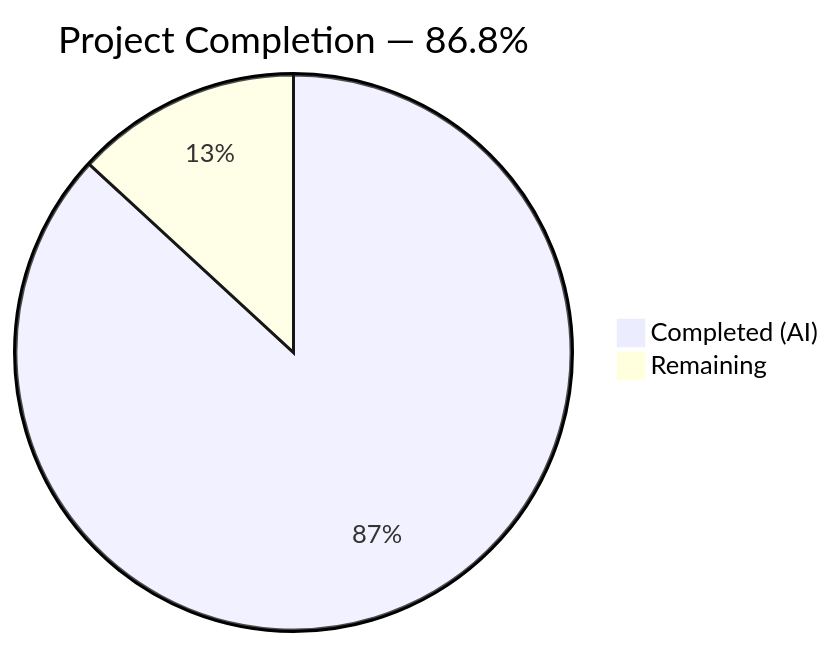
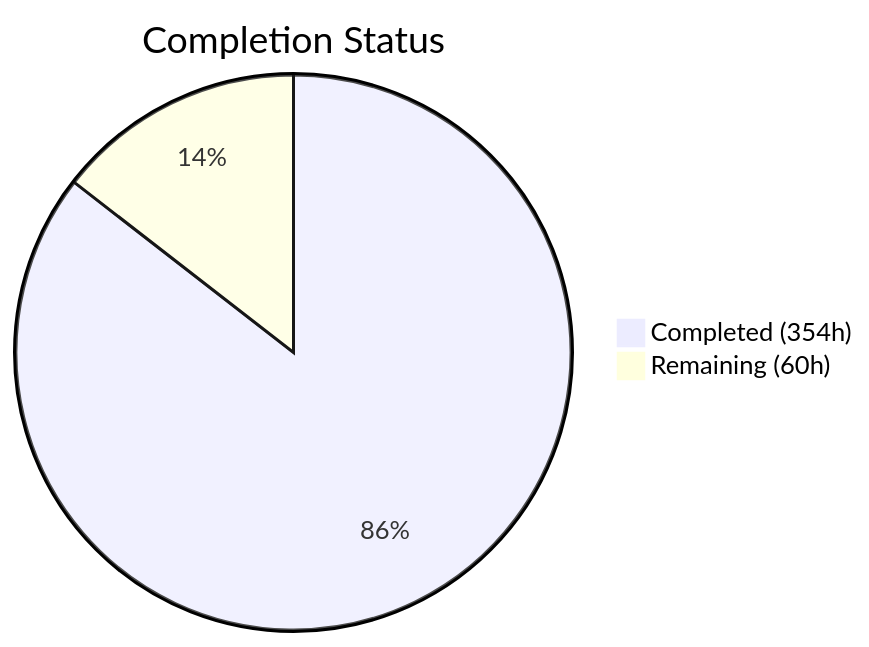
One commit to Blitzy-Sandbox/blitzy-SplendidCRM changed the first of 2 diagrams in blitzy/documentation/Project Guide.md. Above: the diagram before and after it, drawn with Mermaid. The commit also changed other lines of this file, not shown here.

Commit message:
Adding Blitzy Project Guide: Project Status and Human Tasks Remaining

````diff
--- a/blitzy/documentation/Project Guide.md
+++ b/blitzy/documentation/Project Guide.md
@@ -13,5 +22,5 @@
 ```mermaid
-pie title Project Completion — 86.8%
-    "Completed (AI)" : 350
-    "Remaining" : 53
+pie title Completion Status
+    "Completed (354h)" : 354
+    "Remaining (60h)" : 60
 ```
````
